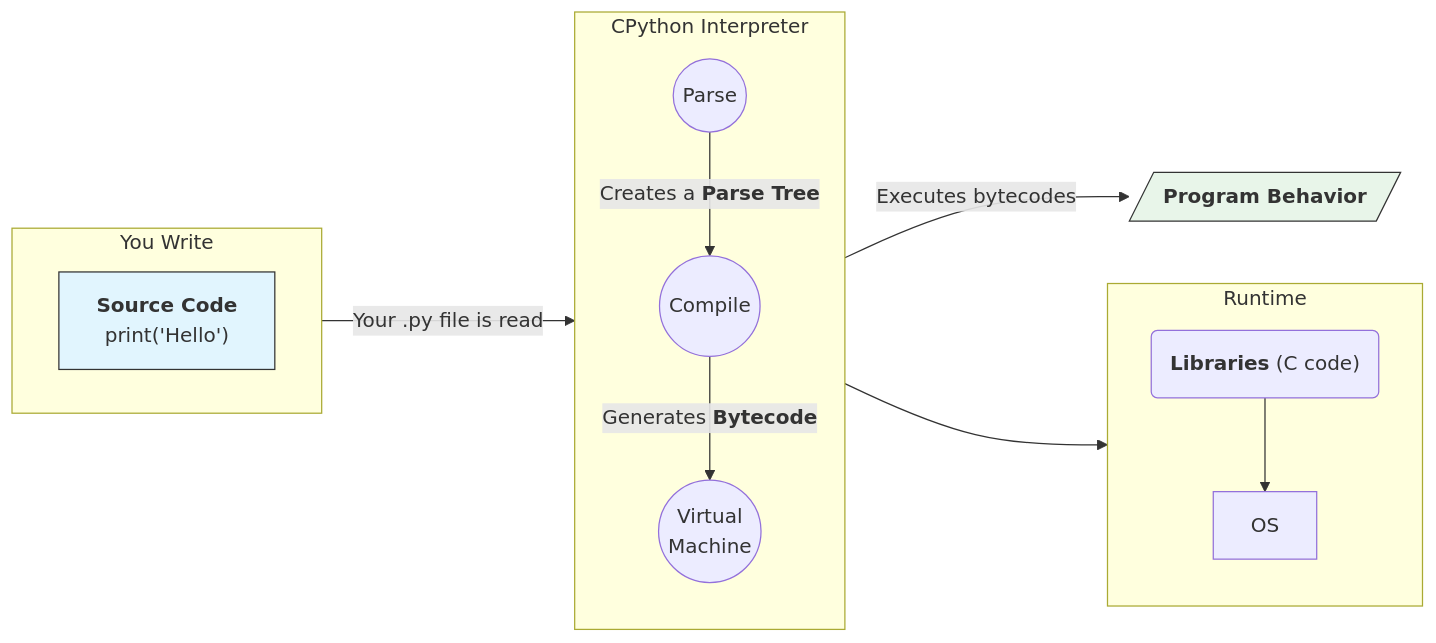
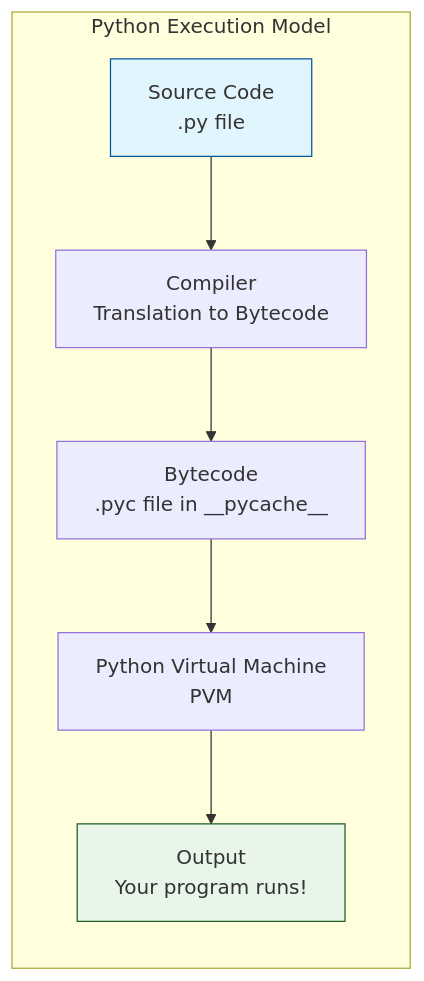
Before and after one commit to mehdihadeli/learn-python: the second of 21 diagrams in README.md, drawn with Mermaid. The commit also changed other lines of this file, not shown here.

````diff
--- a/README.md
+++ b/README.md
@@ -468,22 +509,11 @@
 ```mermaid
-flowchart LR
-    subgraph A [You Write]
-        direction LR
-        SC["`**Source Code**
-        print('Hello')`"]
+graph LR
+    subgraph "Python Execution Model"
+        A[Source Code<br>.py file] --> B[Compiler<br>Translation to Bytecode];
+        B --> C[Bytecode<br>.pyc file in __pycache__];
+        C --> D[Python Virtual Machine<br>PVM];
+        D --> E[Output<br>Your program runs!];
     end
-    subgraph B [CPython Interpreter]
-        direction TB
-        PSC((Parse)) -- "`Creates a **Parse Tree**`" --> CPL
-        CPL((Compile)) -- "`Generates **Bytecode**`" --> PVM
-    end
-    subgraph C [Runtime]
-        direction TB
-        PVM((Virtual<br/>Machine)) --> LIB("`**Libraries** (C code)`")
-        LIB --> OS
-    end
-    SC -- "`Your .py file is read`"--> PSC
-    PVM -- "`Executes bytecodes`" --> Output[/"`**Program Behavior**`"/]
-    style SC fill:#e1f5fe,stroke:#333
-    style Output fill:#e8f5e9,stroke:#333
+    style A fill:#e1f5fe,stroke:#01579b
+    style E fill:#e8f5e9,stroke:#1b5e20
 ```
````
